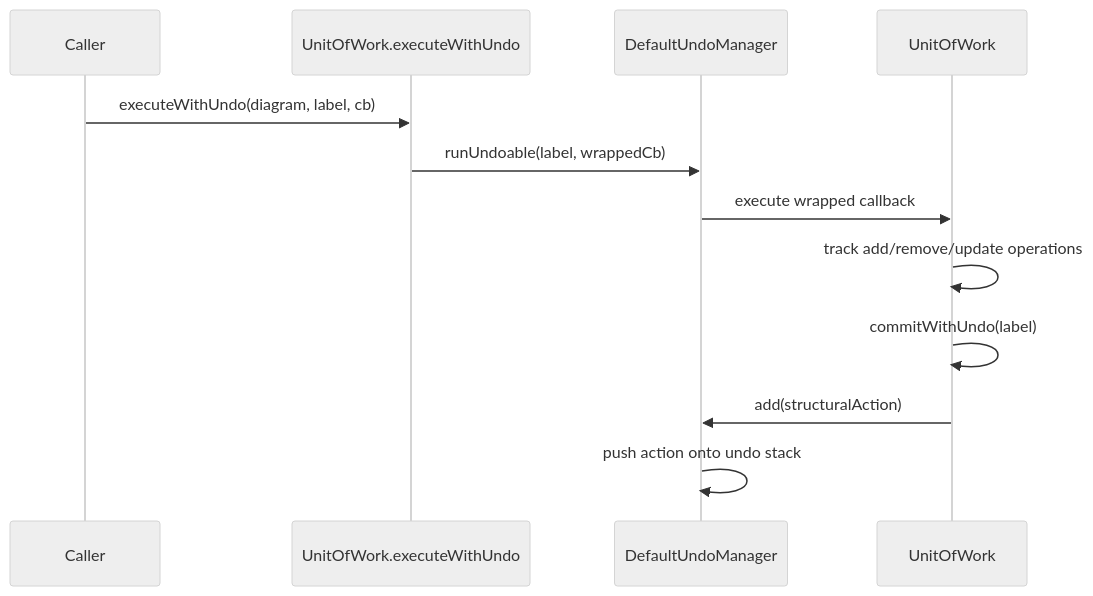
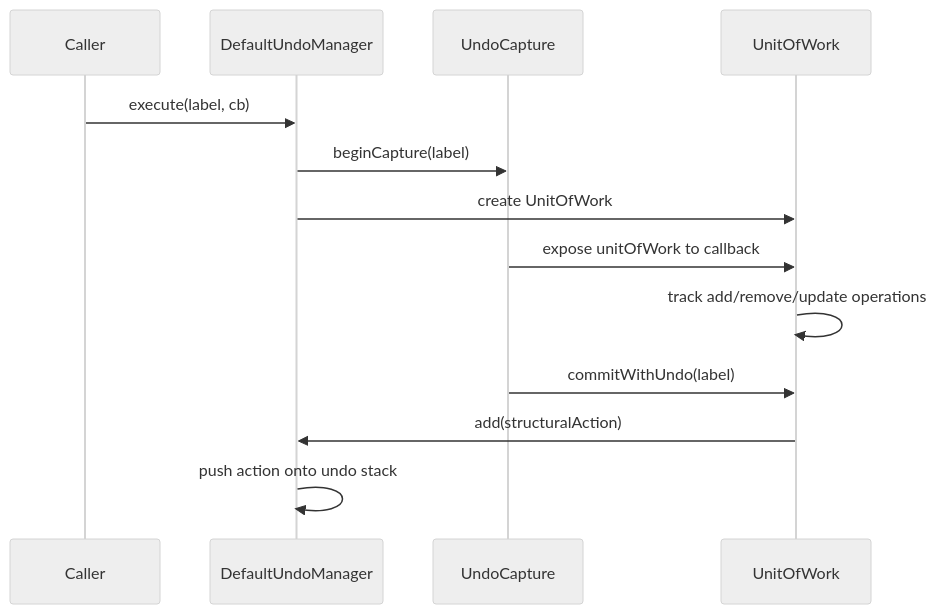
One commit to DiagramCraft/diagram-craft changed the first of 3 diagrams in packages/model/UNDO_FLOW.md. Above: the diagram before and after it, drawn with Mermaid (neutral theme). The commit also changed other lines of this file and 80 other files, not shown here.

Commit message:
Move actions to the undo manager execute API

````diff
--- a/packages/model/UNDO_FLOW.md
+++ b/packages/model/UNDO_FLOW.md
@@ -72,15 +72,16 @@
 ```mermaid
 sequenceDiagram
     participant Caller
-    participant UOW as UnitOfWork.executeWithUndo
     participant Mgr as DefaultUndoManager
+    participant Capture as UndoCapture
     participant Work as UnitOfWork
 
-    Caller->>UOW: executeWithUndo(diagram, label, cb)
-    UOW->>Mgr: runUndoable(label, wrappedCb)
-    Mgr->>Work: execute wrapped callback
+    Caller->>Mgr: execute(label, cb)
+    Mgr->>Capture: beginCapture(label)
+    Mgr->>Work: create UnitOfWork
+    Capture->>Work: expose unitOfWork to callback
     Work->>Work: track add/remove/update operations
-    Work->>Work: commitWithUndo(label)
+    Capture->>Work: commitWithUndo(label)
     Work->>Mgr: add(structuralAction)
     Mgr->>Mgr: push action onto undo stack
 ```
````
